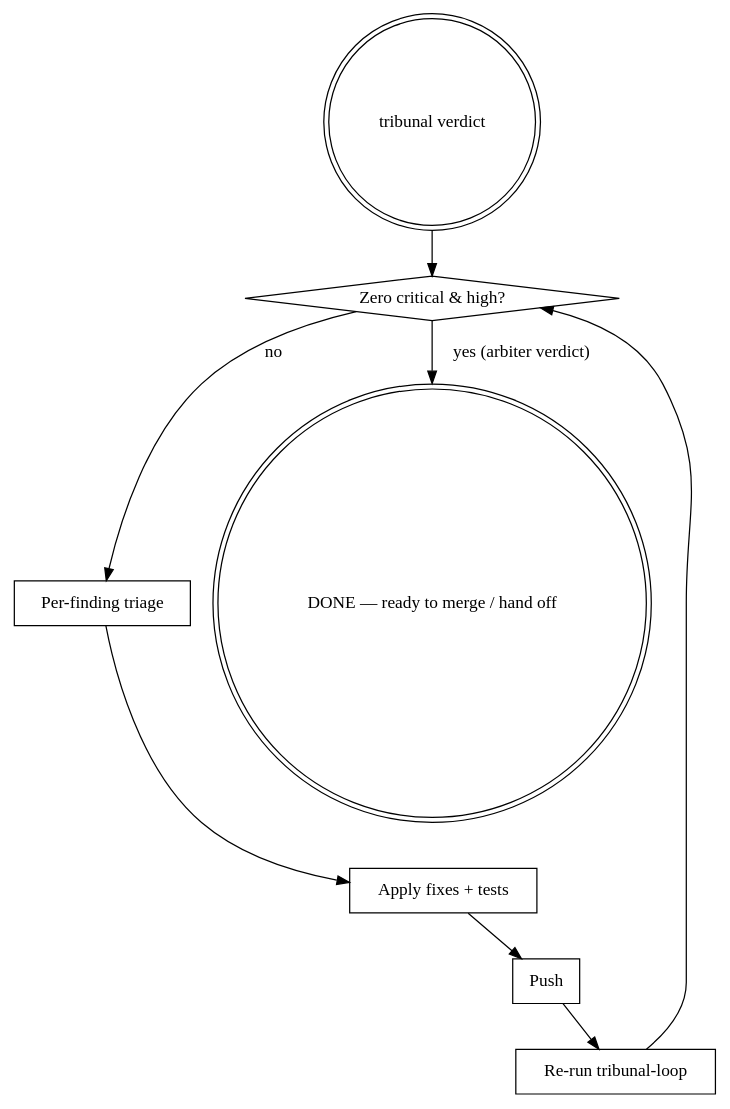
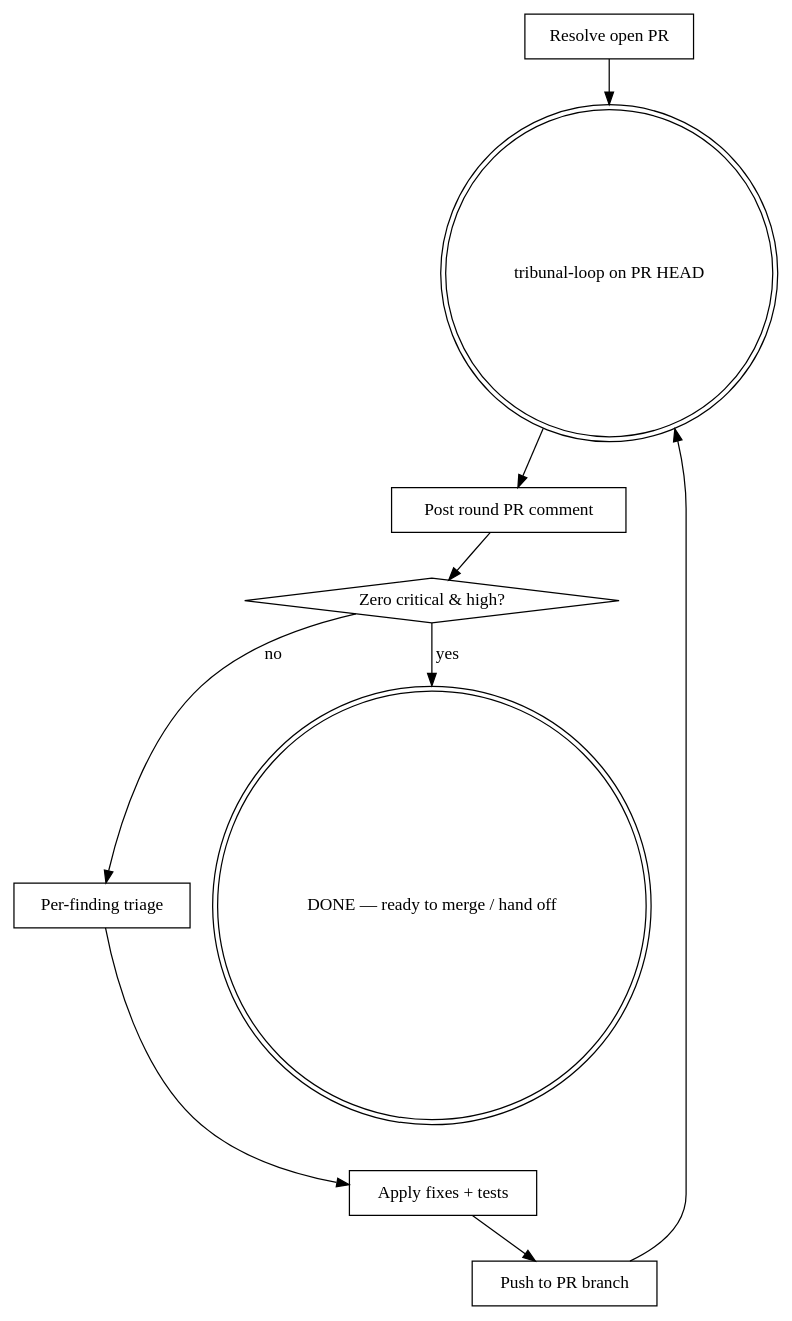
One commit to paat/claude-plugins changed the diagram in plugins/tribunal-review/skills/closing-tribunal-loop/SKILL.md. Above: the diagram before and after it, drawn with Graphviz. The commit also changed other lines of this file and 12 other files, not shown here.

First line of the commit message:
feat(tribunal-review): PR-only closing loop with per-round PR comments

````diff
--- a/plugins/tribunal-review/skills/closing-tribunal-loop/SKILL.md
+++ b/plugins/tribunal-review/skills/closing-tribunal-loop/SKILL.md
@@ -37,19 +73,21 @@
 ```dot
 digraph close_tribunal {
-    "tribunal verdict" [shape=doublecircle];
+    "Resolve open PR" [shape=box];
+    "tribunal-loop on PR HEAD" [shape=doublecircle];
+    "Post round PR comment" [shape=box];
     "Zero critical & high?" [shape=diamond];
     "Per-finding triage" [shape=box];
     "Apply fixes + tests" [shape=box];
-    "Push" [shape=box];
-    "Re-run tribunal-loop" [shape=box];
+    "Push to PR branch" [shape=box];
     "DONE — ready to merge / hand off" [shape=doublecircle];
 
-    "tribunal verdict" -> "Zero critical & high?";
-    "Zero critical & high?" -> "DONE — ready to merge / hand off" [label="yes (arbiter verdict)"];
+    "Resolve open PR" -> "tribunal-loop on PR HEAD";
+    "tribunal-loop on PR HEAD" -> "Post round PR comment";
+    "Post round PR comment" -> "Zero critical & high?";
+    "Zero critical & high?" -> "DONE — ready to merge / hand off" [label="yes"];
     "Zero critical & high?" -> "Per-finding triage" [label="no"];
     "Per-finding triage" -> "Apply fixes + tests";
-    "Apply fixes + tests" -> "Push";
-    "Push" -> "Re-run tribunal-loop";
-    "Re-run tribunal-loop" -> "Zero critical & high?";
+    "Apply fixes + tests" -> "Push to PR branch";
+    "Push to PR branch" -> "tribunal-loop on PR HEAD";
 }
 ```
````
